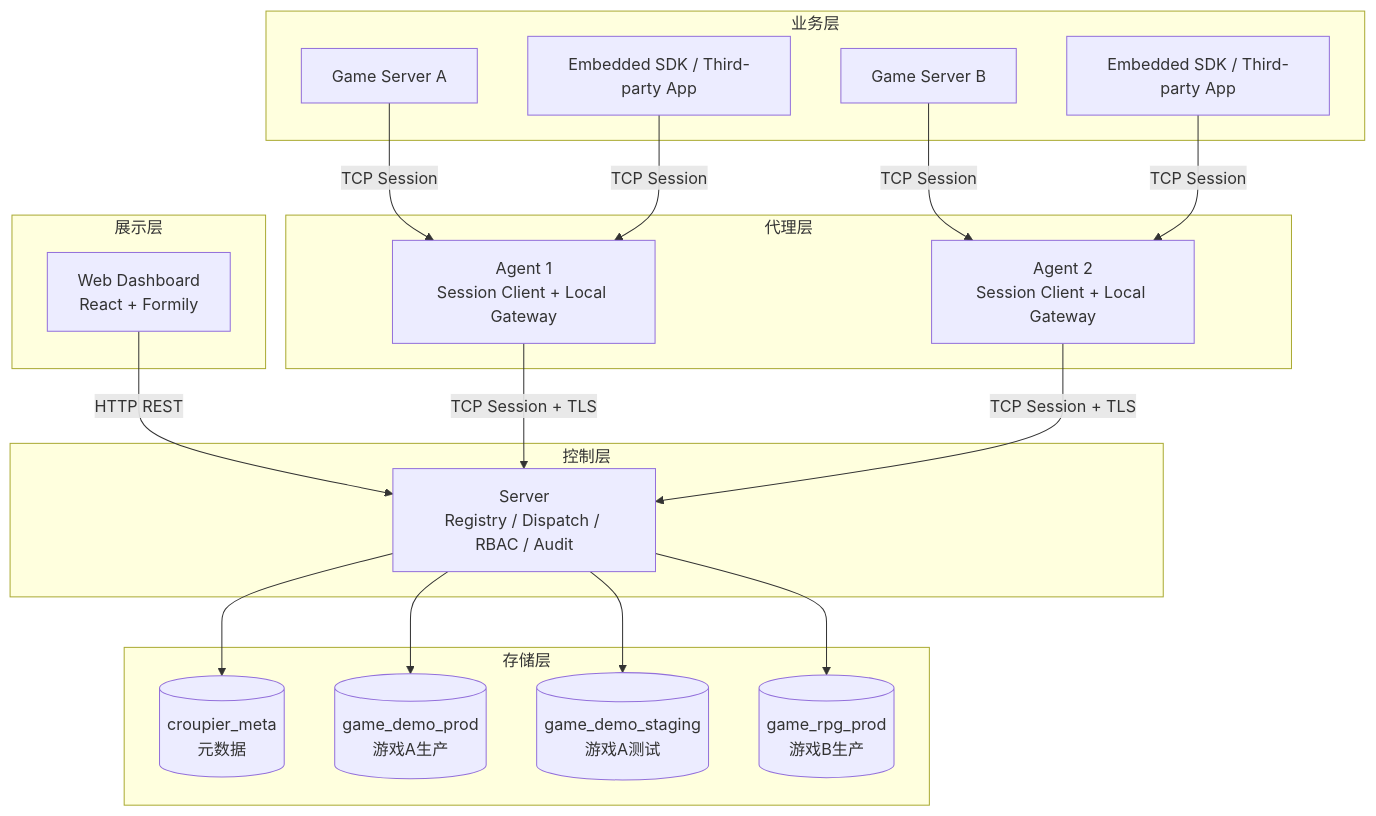
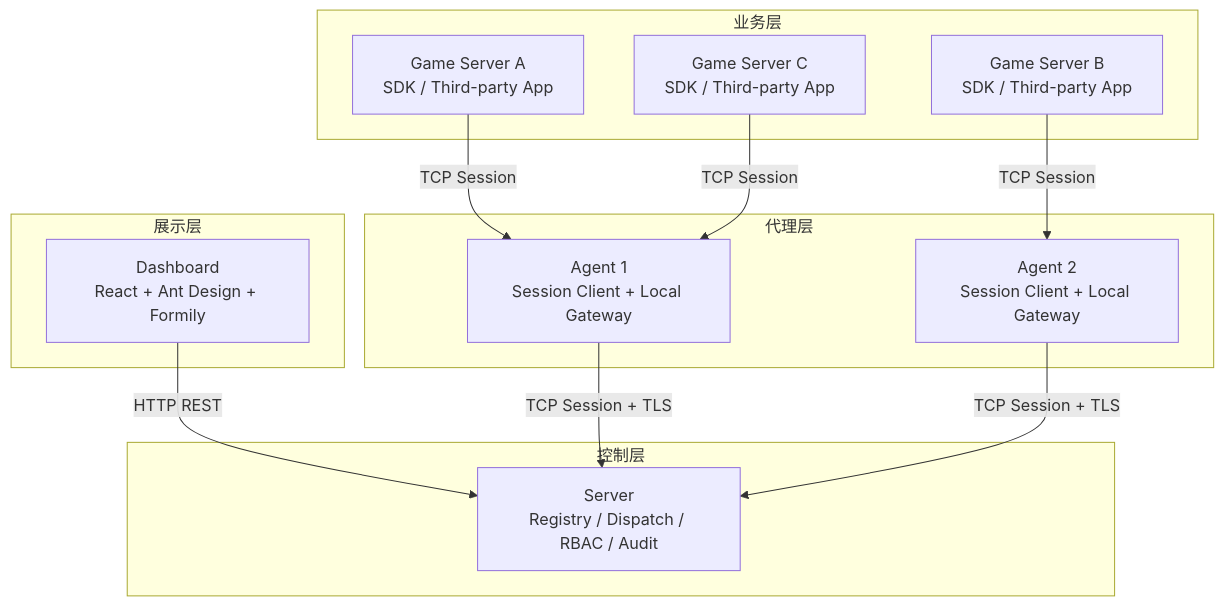
Before and after one commit to cuihairu/croupier: the diagram in docs/architecture/index.md, drawn with Mermaid. The commit also changed other lines of this file and 91 other files, not shown here.

````diff
--- a/docs/architecture/index.md
+++ b/docs/architecture/index.md
@@ -32,42 +32,28 @@
 ```mermaid
 graph TB
   subgraph "展示层"
-    Dashboard[Web Dashboard<br/>React + Formily]
+    UI[Dashboard<br/>React + Ant Design + Formily]
   end
 
   subgraph "控制层"
     Server[Server<br/>Registry / Dispatch / RBAC / Audit]
   end
 
   subgraph "代理层"
     Agent1[Agent 1<br/>Session Client + Local Gateway]
     Agent2[Agent 2<br/>Session Client + Local Gateway]
   end
 
   subgraph "业务层"
-    GS1[Game Server A]
-    GS2[Game Server B]
-    SDK1[Embedded SDK / Third-party App]
-    SDK2[Embedded SDK / Third-party App]
+    GS1[Game Server A<br/>SDK / Third-party App]
+    GS2[Game Server B<br/>SDK / Third-party App]
+    GS3[Game Server C<br/>SDK / Third-party App]
   end
 
-  subgraph "存储层"
-    MetaDB[(croupier_meta<br/>元数据)]
-    GameDB1[(game_demo_prod<br/>游戏A生产)]
-    GameDB2[(game_demo_staging<br/>游戏A测试)]
-    GameDB3[(game_rpg_prod<br/>游戏B生产)]
-  end
-
-  Dashboard -->|HTTP REST| Server
+  UI -->|HTTP REST| Server
   Agent1 -->|TCP Session + TLS| Server
   Agent2 -->|TCP Session + TLS| Server
   GS1 -->|TCP Session| Agent1
-  SDK1 -->|TCP Session| Agent1
   GS2 -->|TCP Session| Agent2
-  SDK2 -->|TCP Session| Agent2
-
-  Server --> MetaDB
-  Server --> GameDB1
-  Server --> GameDB2
-  Server --> GameDB3
+  GS3 -->|TCP Session| Agent1
 ```
````
